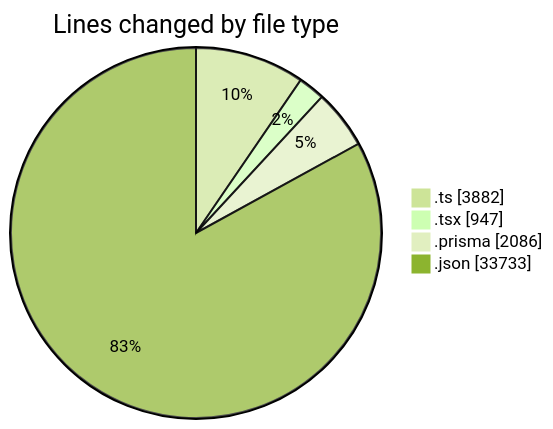
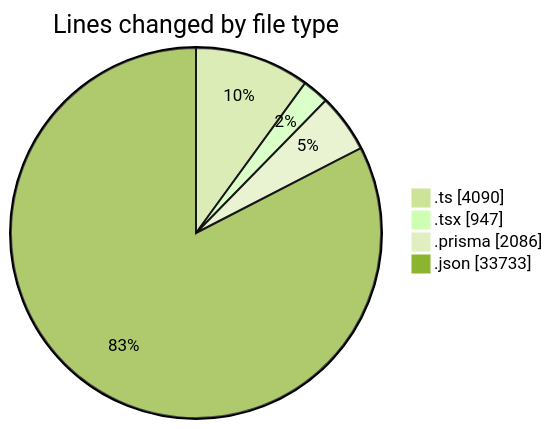
Before and after one commit to CELIANVF/code-tracking: the first of 2 diagrams in 2025-05-19/ecodeli-1/README.md, drawn with Mermaid (forest theme). The commit also changed other lines of this file and 1 other file, not shown here.

````diff
--- a/2025-05-19/ecodeli-1/README.md
+++ b/2025-05-19/ecodeli-1/README.md
@@ -37,8 +38,8 @@
 ```mermaid
 pie showData
 title Lines changed by file type
-".ts" : 3882
+".ts" : 4090
 ".tsx" : 947
 ".prisma" : 2086
 ".json" : 33733
 ```
````
